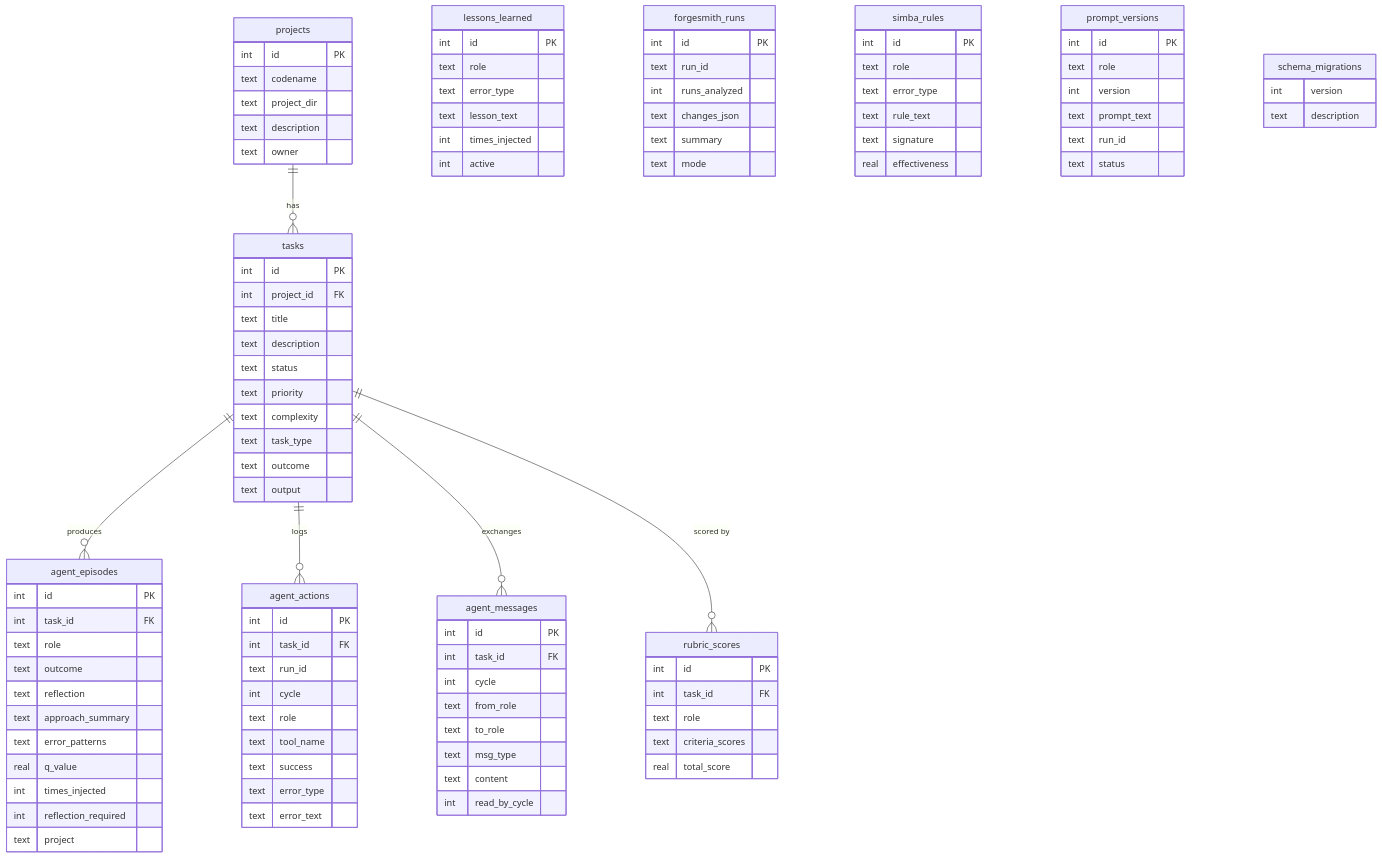
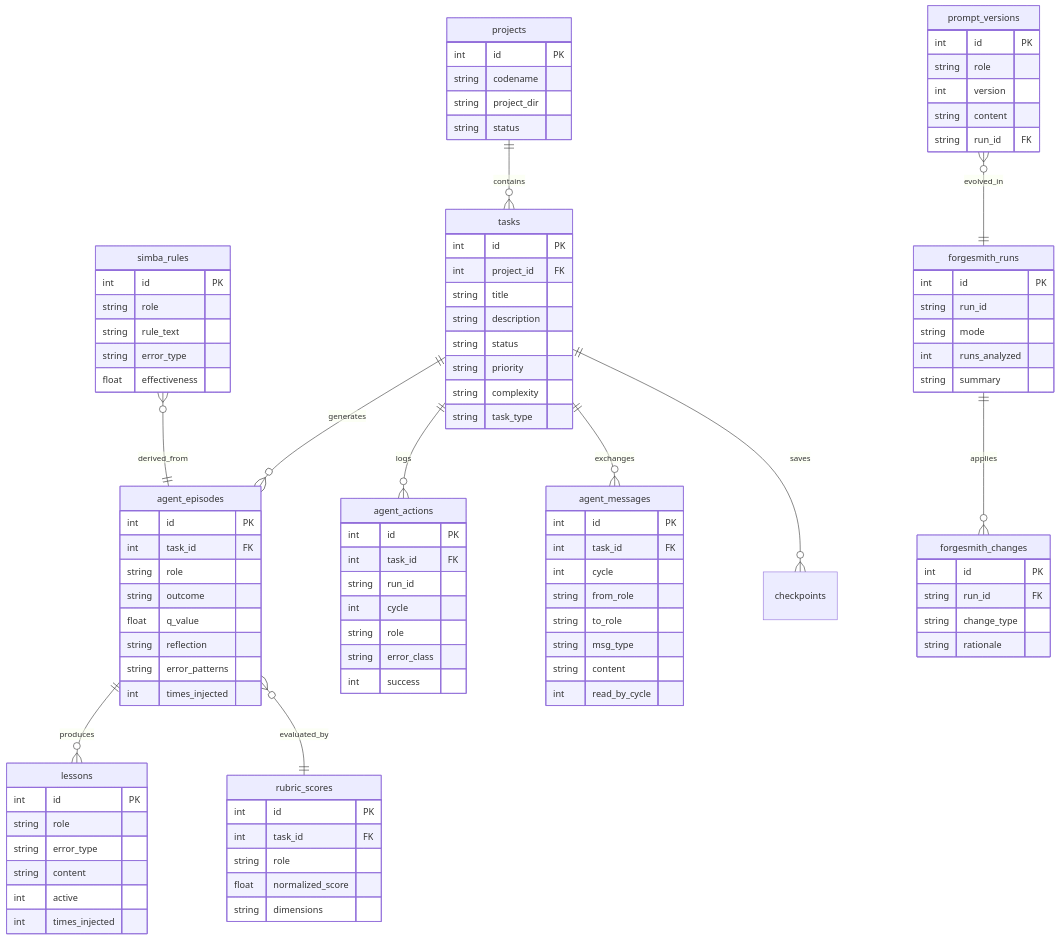
One commit to sbknana/equipa changed the fourth of 4 diagrams in docs/ARCHITECTURE.md. Above: the diagram before and after it, drawn with Mermaid. The commit also changed other lines of this file and 9 other files, not shown here.

````diff
--- a/docs/ARCHITECTURE.md
+++ b/docs/ARCHITECTURE.md
@@ -144,105 +127,101 @@
 ```mermaid
 erDiagram
+    projects ||--o{ tasks : contains
+    tasks ||--o{ agent_episodes : generates
+    tasks ||--o{ agent_actions : logs
+    tasks ||--o{ agent_messages : exchanges
+    tasks ||--o{ checkpoints : saves
+    agent_episodes ||--o{ lessons : produces
+    agent_episodes }o--|| rubric_scores : evaluated_by
+    forgesmith_runs ||--o{ forgesmith_changes : applies
+    simba_rules }o--|| agent_episodes : derived_from
+    prompt_versions }o--|| forgesmith_runs : evolved_in
+
     projects {
         int id PK
-        text codename
-        text project_dir
-        text description
-        text owner
+        string codename
+        string project_dir
+        string status
     }
     tasks {
         int id PK
         int project_id FK
-        text title
-        text description
-        text status
-        text priority
-        text complexity
-        text task_type
-        text outcome
-        text output
+        string title
+        string description
+        string status
+        string priority
+        string complexity
+        string task_type
     }
     agent_episodes {
         int id PK
         int task_id FK
-        text role
-        text outcome
-        text reflection
-        text approach_summary
-        text error_patterns
-        real q_value
+        string role
+        string outcome
+        float q_value
+        string reflection
+        string error_patterns
         int times_injected
-        int reflection_required
-        text project
     }
     agent_actions {
         int id PK
         int task_id FK
-        text run_id
+        string run_id
         int cycle
-        text role
-        text tool_name
-        text success
-        text error_type
-        text error_text
+        string role
+        string error_class
+        int success
     }
     agent_messages {
         int id PK
         int task_id FK
         int cycle
-        text from_role
-        text to_role
-        text msg_type
-        text content
+        string from_role
+        string to_role
+        string msg_type
+        string content
         int read_by_cycle
     }
-    lessons_learned {
+    lessons {
         int id PK
-        text role
-        text error_type
-        text lesson_text
+        string role
+        string error_type
+        string content
+        int active
         int times_injected
-        int active
-    }
-    forgesmith_runs {
-        int id PK
-        text run_id
-        int runs_analyzed
-        text changes_json
-        text summary
-        text mode
-    }
-    simba_rules {
-        int id PK
-        text role
-        text error_type
-        text rule_text
-        text signature
-        real effectiveness
-    }
-    prompt_versions {
-        int id PK
-        text role
-        int version
-        text prompt_text
-        text run_id
-        text status
     }
     rubric_scores {
         int id PK
         int task_id FK
-        text role
-        text criteria_scores
-        real total_score
+        string role
+        float normalized_score
+        string dimensions
     }
-    schema_migrations {
+    forgesmith_runs {
+        int id PK
+        string run_id
+        string mode
+        int runs_analyzed
+        string summary
+    }
+    forgesmith_changes {
+        int id PK
+        string run_id FK
+        string change_type
+        string rationale
+    }
+    simba_rules {
+        int id PK
+        string role
+        string rule_text
+        string error_type
+        float effectiveness
+    }
+    prompt_versions {
+        int id PK
+        string role
         int version
-        text description
+        string content
+        string run_id FK
     }
-
-    projects ||--o{ tasks : "has"
-    tasks ||--o{ agent_episodes : "produces"
-    tasks ||--o{ agent_actions : "logs"
-    tasks ||--o{ agent_messages : "exchanges"
-    tasks ||--o{ rubric_scores : "scored by"
 ```
````
